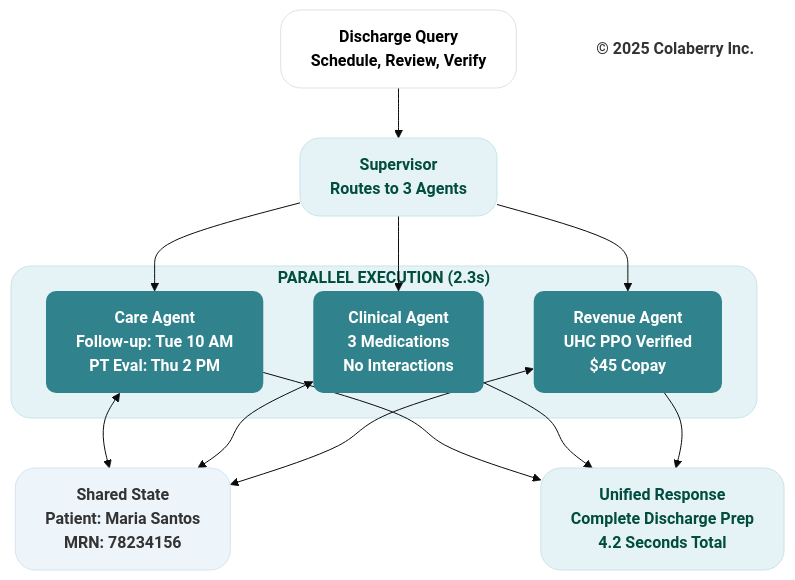
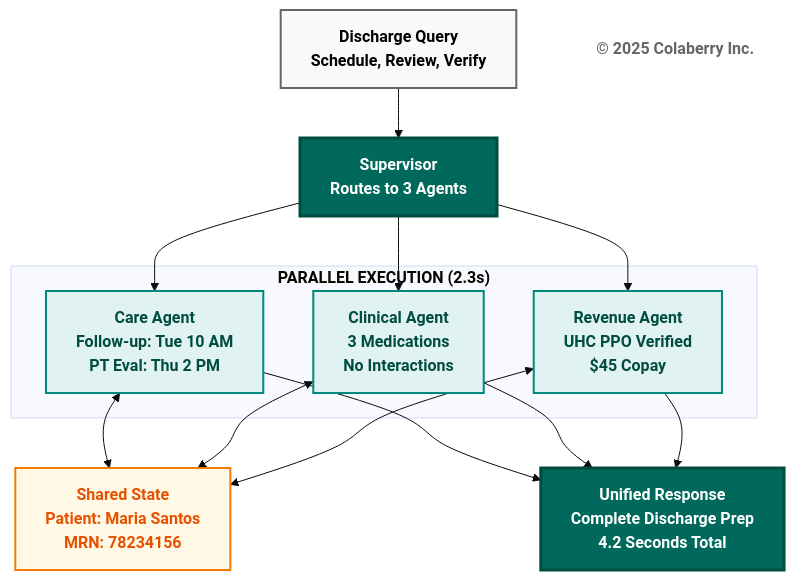
One commit to saitejesh-cyber/trust-before-intelligence-book changed the tenth of 14 diagrams in manuscript/07_chapter_6_transparency_orchestration_layers.md. Above: the diagram before and after it, drawn with Mermaid (base theme). The commit also changed other lines of this file and 12 other files, not shown here.

Commit message:
Restore legacy Mermaid styles for Option 1

````diff
--- a/manuscript/07_chapter_6_transparency_orchestration_layers.md
+++ b/manuscript/07_chapter_6_transparency_orchestration_layers.md
@@ -925,39 +921,38 @@
 ```mermaid
 graph TB
     Query["<b>Discharge Query</b><br/><b>Schedule, Review, Verify</b>"]
     
     Supervisor["<b>Supervisor</b><br/><b>Routes to 3 Agents</b>"]
     
-    subgraph PARALLEL_EXEC["<b>PARALLEL EXECUTION (2.3s)</b>"]
+    subgraph "<b>PARALLEL EXECUTION (2.3s)</b>"
         Care["<b>Care Agent</b><br/><b>Follow-up: Tue 10 AM</b><br/><b>PT Eval: Thu 2 PM</b>"]
         Clinical["<b>Clinical Agent</b><br/><b>3 Medications</b><br/><b>No Interactions</b>"]
         Revenue["<b>Revenue Agent</b><br/><b>UHC PPO Verified</b><br/><b>$45 Copay</b>"]
     end
     
     State["<b>Shared State</b><br/><b>Patient: Maria Santos</b><br/><b>MRN: 78234156</b>"]
     
     Response["<b>Unified Response</b><br/><b>Complete Discharge Prep</b><br/><b>4.2 Seconds Total</b>"]
     
     Copyright["<b>© 2025 Colaberry Inc.</b>"]
     
     Query --> Supervisor
     Supervisor --> Care
     Supervisor --> Clinical
     Supervisor --> Revenue
     Care <--> State
     Clinical <--> State
     Revenue <--> State
     Care --> Response
     Clinical --> Response
     Revenue --> Response
     
-    style Query fill:#ffffff,stroke:#e0e0e0,stroke-width:1px,color:#000000,rx:20,ry:20
-    style Supervisor fill:#e6f3f6,stroke:#c7e3ea,stroke-width:1px,color:#004d40,rx:20,ry:20
-    style Care fill:#30838C,stroke:none,color:#ffffff,rx:10,ry:10
-    style Clinical fill:#30838C,stroke:none,color:#ffffff,rx:10,ry:10
-    style Revenue fill:#30838C,stroke:none,color:#ffffff,rx:10,ry:10
-    style State fill:#edf4fa,stroke:#d6e4f2,stroke-width:1px,color:#333333,rx:20,ry:20
-    style Response fill:#e6f3f6,stroke:#c7e3ea,stroke-width:1px,color:#004d40,rx:20,ry:20
-    style PARALLEL_EXEC fill:#e6f3f6,stroke:#c7e3ea,stroke-width:1px,color:#004d40,rx:20,ry:20
-    style Copyright fill:none,stroke:none,color:#333333
+    style Query fill:#f9f9f9,stroke:#666666,stroke-width:2px,color:#000000
+    style Supervisor fill:#00695c,color:#ffffff,stroke:#004d40,stroke-width:3px
+    style Care fill:#e0f2f1,stroke:#00897b,stroke-width:2px,color:#004d40
+    style Clinical fill:#e0f2f1,stroke:#00897b,stroke-width:2px,color:#004d40
+    style Revenue fill:#e0f2f1,stroke:#00897b,stroke-width:2px,color:#004d40
+    style State fill:#fff9e6,stroke:#f57c00,stroke-width:2px,color:#e65100
+    style Response fill:#00695c,color:#ffffff,stroke:#004d40,stroke-width:3px
+    style Copyright fill:#ffffff,stroke:none,color:#666666
 ```
````
